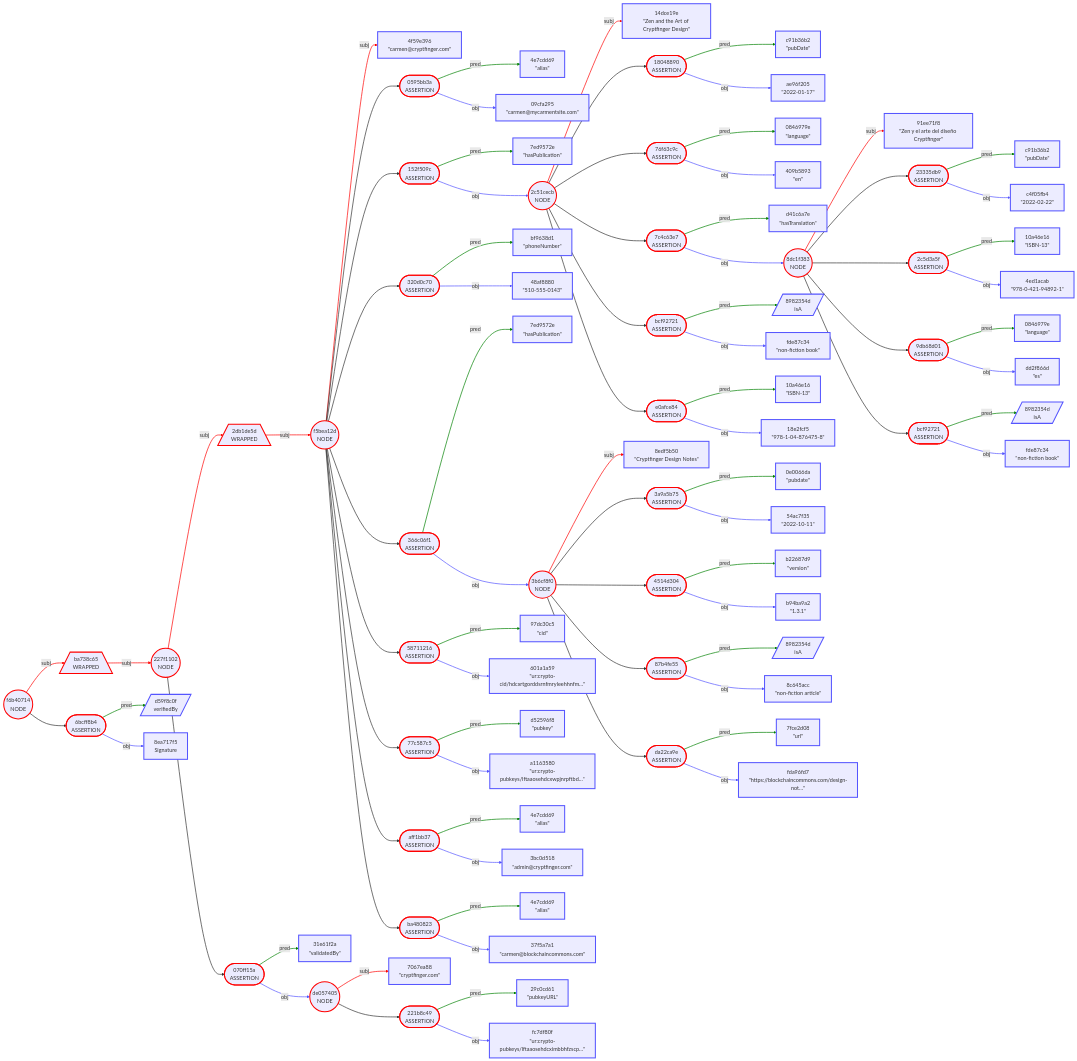
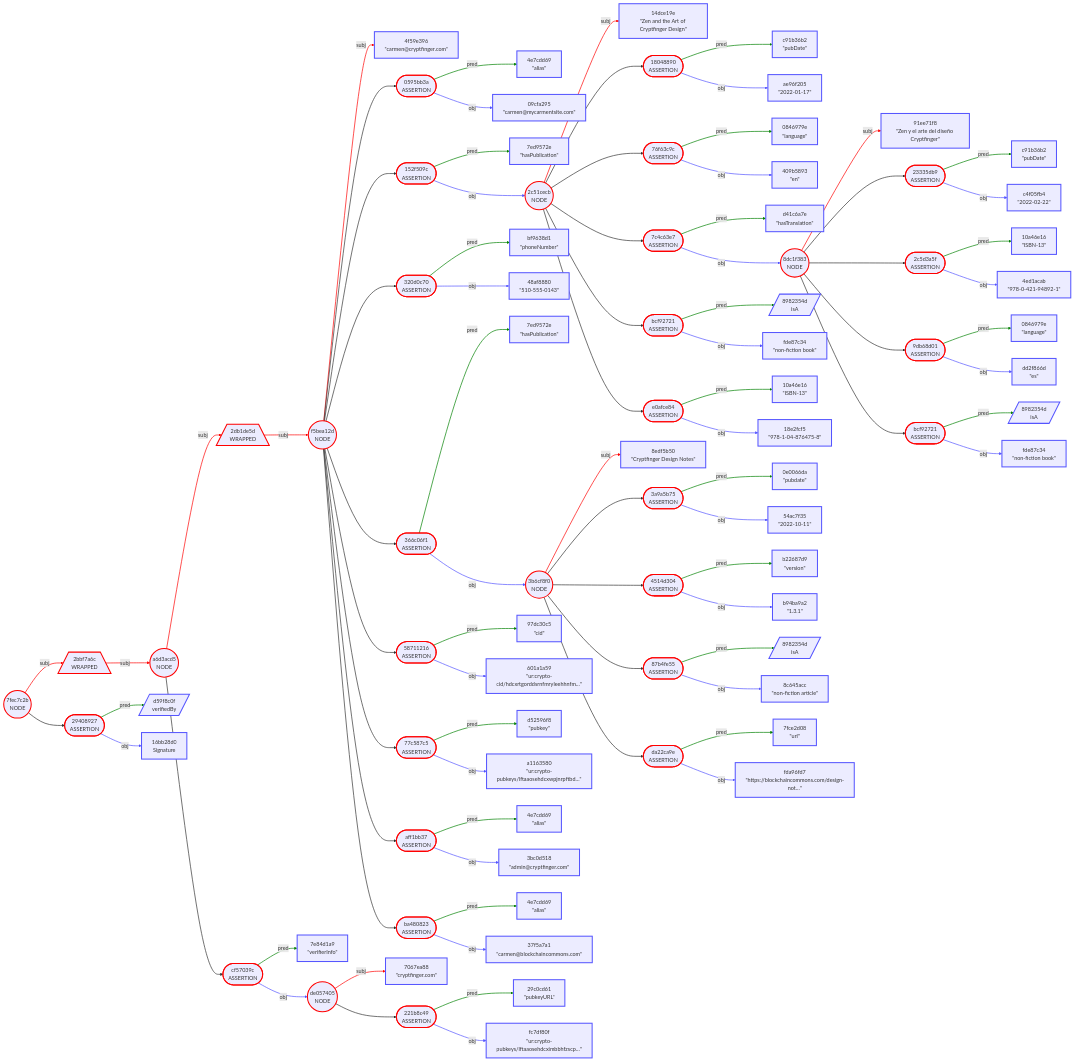
The third of 3 diagrams in Docs/Envelope-Use-Cases-Data.md (BlockchainCommons/Gordian), drawn with Mermaid before and after one commit. The commit also changed other lines of this file, not shown here.

Commit message:
validatedBy -> verifierInfo

````diff
--- a/Docs/Envelope-Use-Cases-Data.md
+++ b/Docs/Envelope-Use-Cases-Data.md
@@ -718,8 +718,8 @@
 ```mermaid
 graph LR
-    1(("f6b40714<br/>NODE"))
-    2[/"ba738c65<br/>WRAPPED"\]
-    3(("227f1102<br/>NODE"))
+    1(("7fec7c2b<br/>NODE"))
+    2[/"2bbf7a6c<br/>WRAPPED"\]
+    3(("a6d3acd5<br/>NODE"))
     4[/"2db1de5d<br/>WRAPPED"\]
     5(("f5bea12d<br/>NODE"))
     6["4f59e396<br/>#quot;carmen@cryptfinger.com#quot;"]
@@ -789,16 +789,16 @@
     70(["ba480823<br/>ASSERTION"])
     71["4e7cdd69<br/>#quot;alias#quot;"]
     72["37f5a7a1<br/>#quot;carmen@blockchaincommons.com#quot;"]
-    73(["070ff15a<br/>ASSERTION"])
-    74["31e61f2a<br/>#quot;validatedBy#quot;"]
+    73(["cf57039c<br/>ASSERTION"])
+    74["7e84d1a9<br/>#quot;verifierInfo#quot;"]
     75(("de057405<br/>NODE"))
     76["7067ea88<br/>#quot;cryptfinger.com#quot;"]
     77(["221b8c49<br/>ASSERTION"])
     78["29c0cd61<br/>#quot;pubkeyURL#quot;"]
     79["fc7df80f<br/>#quot;ur:crypto-pubkeys/lftaaosehdcximbbhfzscp…#quot;"]
-    80(["6bcff8b4<br/>ASSERTION"])
+    80(["29408927<br/>ASSERTION"])
     81[/"d59f8c0f<br/>verifiedBy"/]
-    82["8ea717f5<br/>Signature"]
+    82["16bb28d0<br/>Signature"]
     1 -->|subj| 2
     2 -->|subj| 3
     3 -->|subj| 4
````
